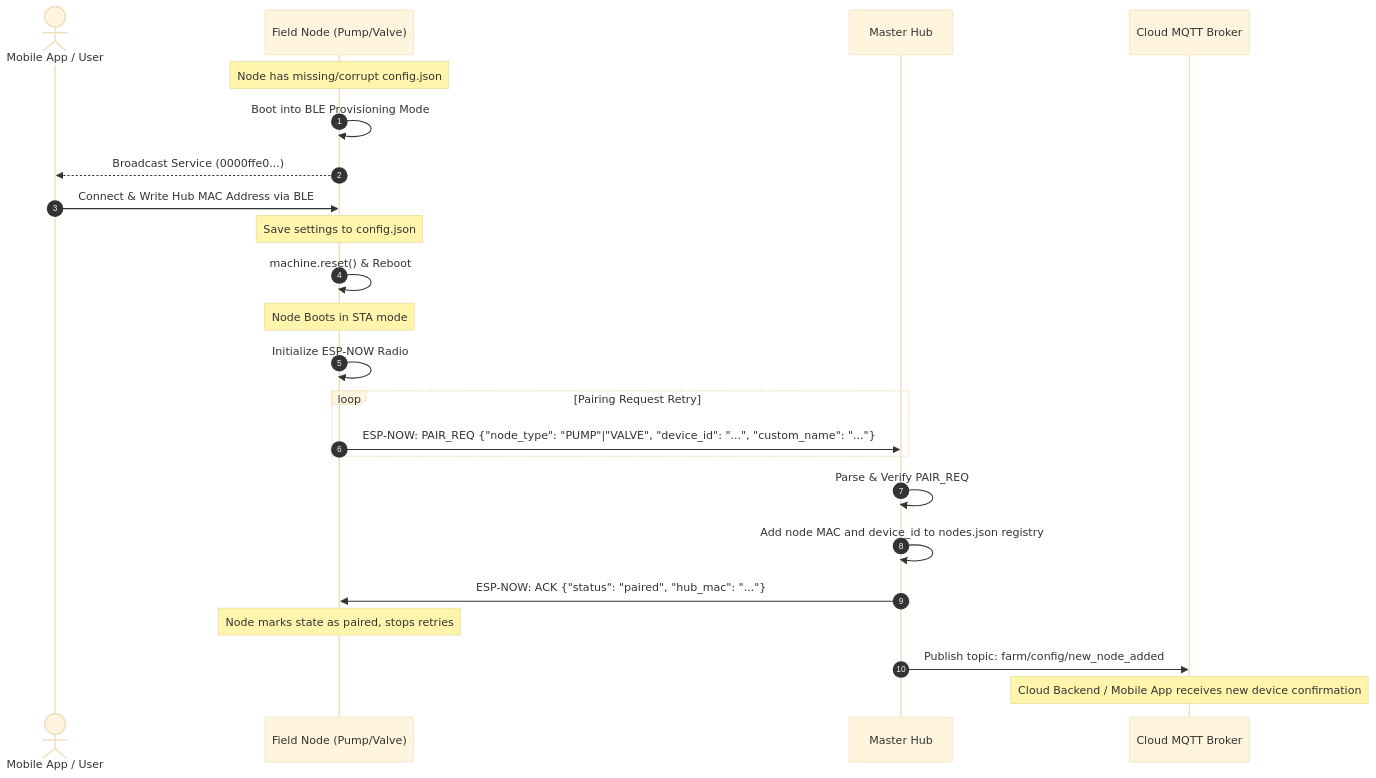
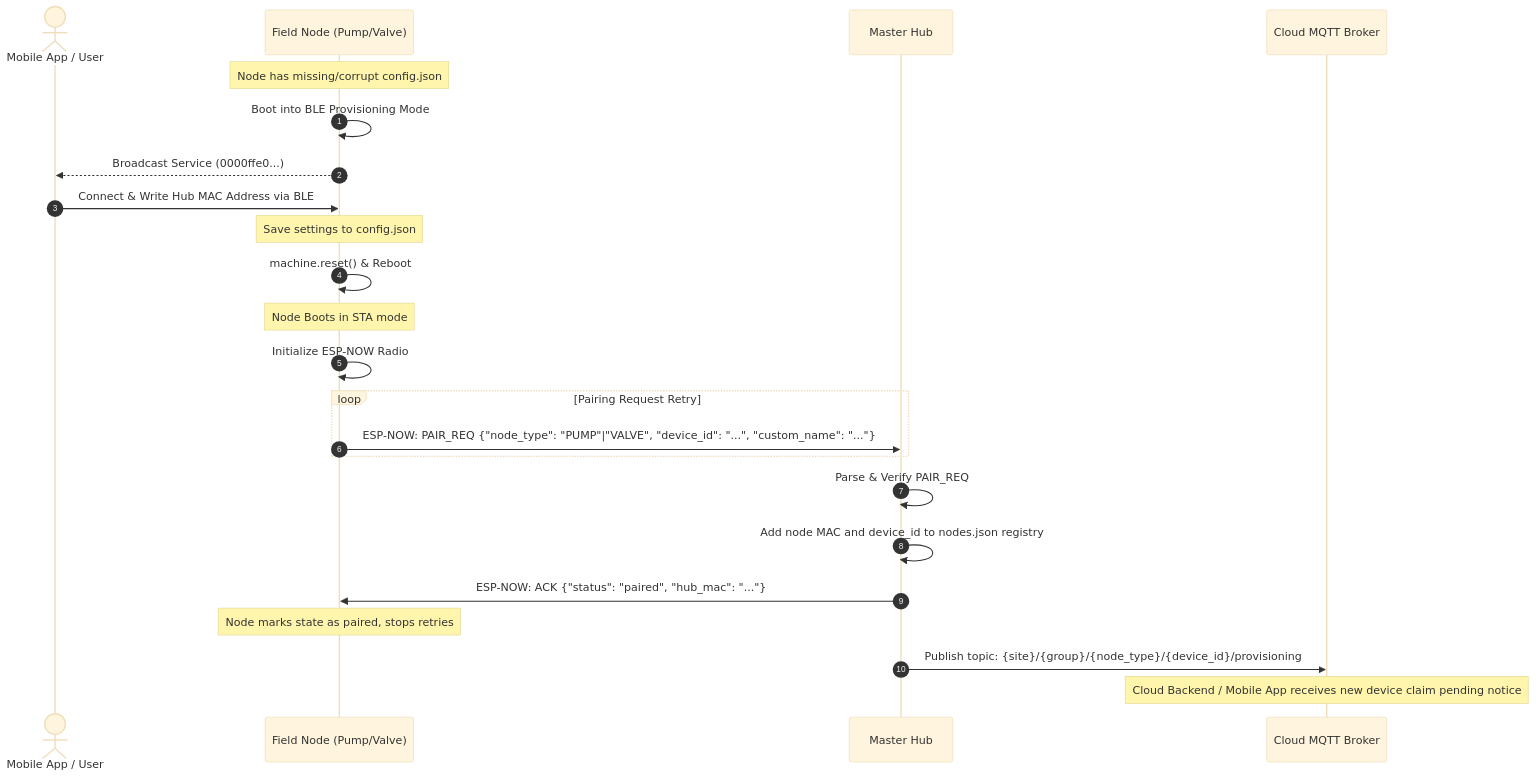
Before and after one commit to jb193y/esp32_projects: the diagram in pairing_flow.md, drawn with Mermaid (base theme). The commit also changed other lines of this file, not shown here.

Commit message:
docs: update pairing flow documentation to reflect provisioning status, MQTT topic structure, and claim workflow

````diff
--- a/pairing_flow.md
+++ b/pairing_flow.md
@@ -7,31 +7,31 @@
 ```mermaid
 sequenceDiagram
     autonumber
     actor User as Mobile App / User
     participant Node as Field Node (Pump/Valve)
     participant Hub as Master Hub
     participant MQTT as Cloud MQTT Broker
 
     Note over Node: Node has missing/corrupt config.json
     Node->>Node: Boot into BLE Provisioning Mode
     Node-->>User: Broadcast Service (0000ffe0...)
     
     User->>Node: Connect & Write Hub MAC Address via BLE
     Note over Node: Save settings to config.json
     Node->>Node: machine.reset() & Reboot
     
     Note over Node: Node Boots in STA mode
     Node->>Node: Initialize ESP-NOW Radio
     
     loop Pairing Request Retry
         Node->>Hub: ESP-NOW: PAIR_REQ {"node_type": "PUMP"|"VALVE", "device_id": "...", "custom_name": "..."}
     end
     
     Hub->>Hub: Parse & Verify PAIR_REQ
     Hub->>Hub: Add node MAC and device_id to nodes.json registry
     Hub->>Node: ESP-NOW: ACK {"status": "paired", "hub_mac": "..."}
     Note over Node: Node marks state as paired, stops retries
     
-    Hub->>MQTT: Publish topic: farm/config/new_node_added
-    Note over MQTT: Cloud Backend / Mobile App receives new device confirmation
+    Hub->>MQTT: Publish topic: {site}/{group}/{node_type}/{device_id}/provisioning
+    Note over MQTT: Cloud Backend / Mobile App receives new device claim pending notice
 ```
````
